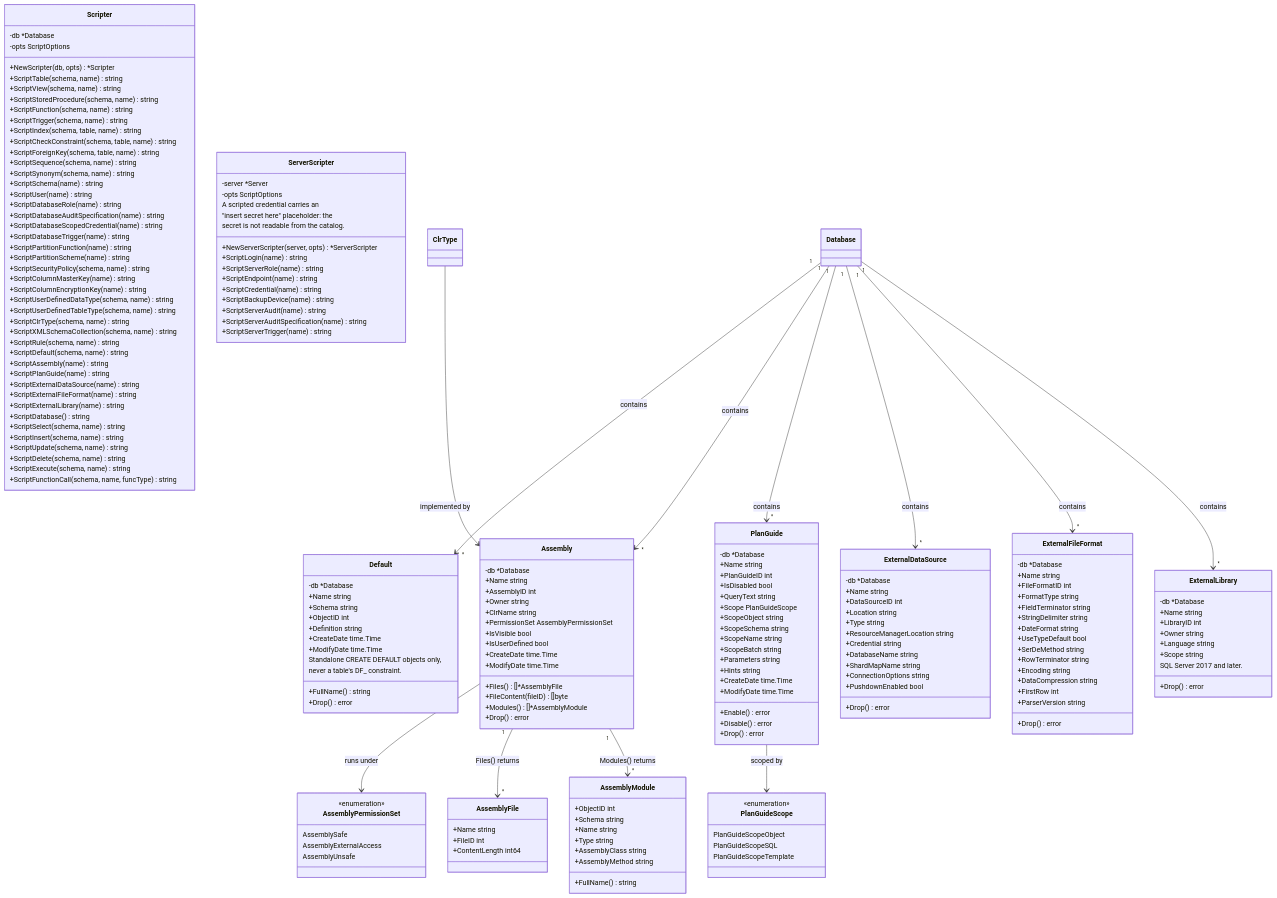
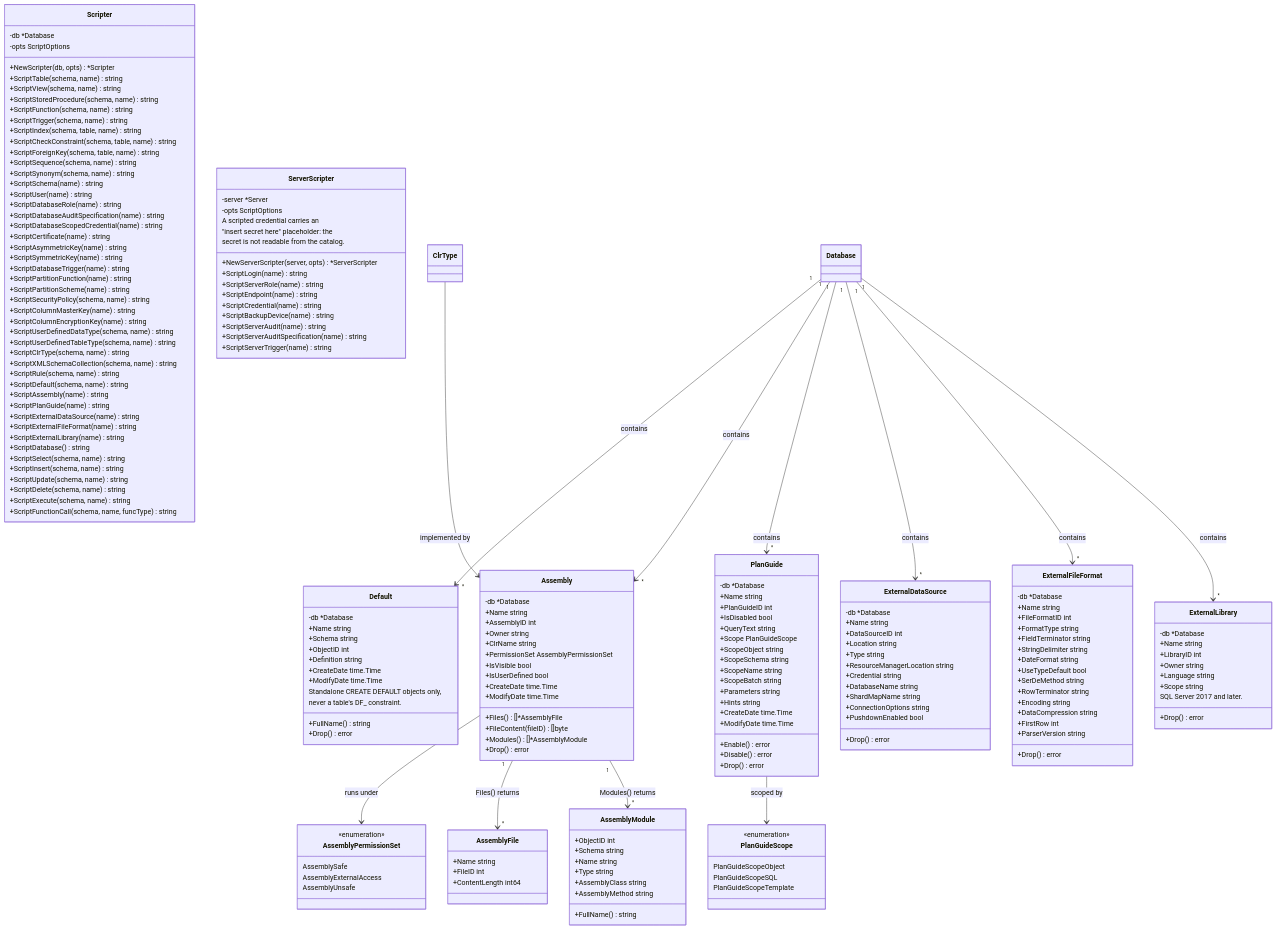
One commit to radix29/gosmo changed the diagram in diagram/12-programmability-and-external.mmd. Above: the diagram before and after it, drawn with Mermaid. The commit also changed 39 other files, not shown here.

First line of the commit message:
Add tests for symmetric key encryption functionality

```diff
--- a/diagram/12-programmability-and-external.mmd
+++ b/diagram/12-programmability-and-external.mmd
@@ -158,6 +158,9 @@
         +ScriptDatabaseRole(name) string
         +ScriptDatabaseAuditSpecification(name) string
         +ScriptDatabaseScopedCredential(name) string
+        +ScriptCertificate(name) string
+        +ScriptAsymmetricKey(name) string
+        +ScriptSymmetricKey(name) string
         +ScriptDatabaseTrigger(name) string
         +ScriptPartitionFunction(name) string
         +ScriptPartitionScheme(name) string
```
